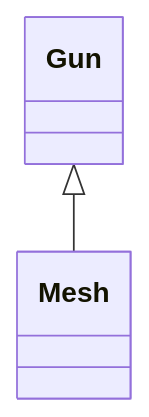
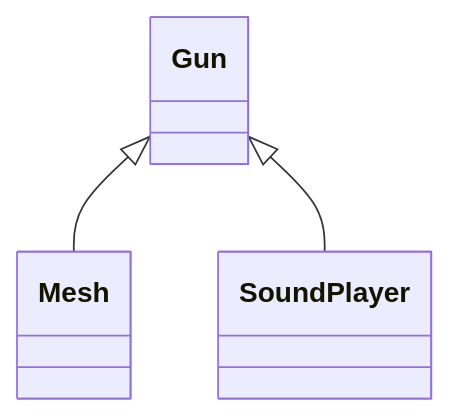
Before and after one commit to abderrahman504/Game-Engine: the second of 2 diagrams in docs/HowToUseEngine.md, drawn with Mermaid. The commit also changed other lines of this file, not shown here.

Commit message:
HowToUseEngine.md change Gun tree

````diff
--- a/docs/HowToUseEngine.md
+++ b/docs/HowToUseEngine.md
@@ -23,5 +23,6 @@
 ```mermaid
 classDiagram
     class Gun
     Gun <|-- Mesh
+    Gun <|-- SoundPlayer
 ```
````
